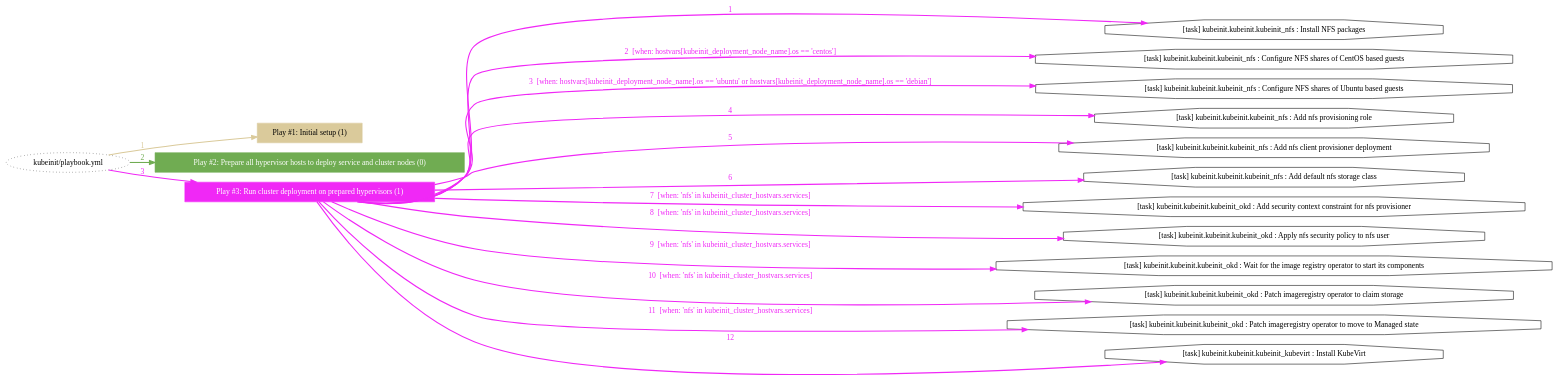
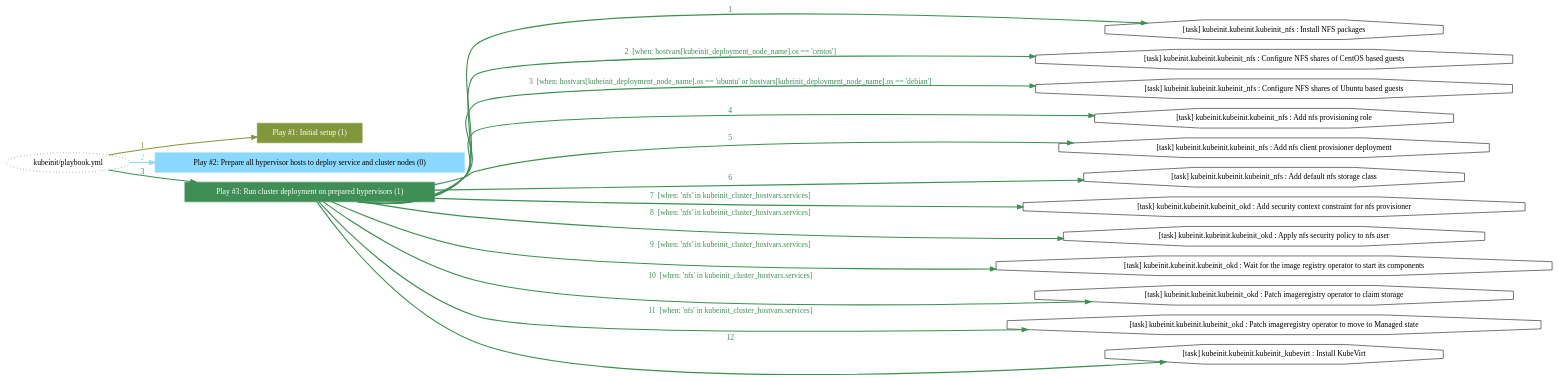
Before and after one commit to Kubeinit/kubeinit: the diagram in _static/playbook_task_post_deployment.dot, drawn with Graphviz. The commit also changed 66 other files, not shown here.

```diff
--- a/_static/playbook_task_post_deployment.dot
+++ b/_static/playbook_task_post_deployment.dot
@@ -3,39 +3,39 @@
 	edge [esep=5 sep=10]
 	"kubeinit/playbook.yml" [id=root_node style=dotted]
 	subgraph "Play #1: Initial setup (1) "{
-		"Play #1: Initial setup (1)" [color="#daca9b" fontcolor="#000000" id="play_35931a37-afcd-4ade-aac7-c338dfc45949" shape=box style=filled tooltip=localhost]
-		"kubeinit/playbook.yml" -> "Play #1: Initial setup (1)" [label=1 color="#daca9b" fontcolor="#daca9b" id="edge_d7904770-b175-4932-ac18-e32b25d727bd" style=bold]
+		"Play #1: Initial setup (1)" [color="#82973b" fontcolor="#ffffff" id="play_600f02eb-539b-473d-869f-aa99ca6672e3" shape=box style=filled tooltip=localhost]
+		"kubeinit/playbook.yml" -> "Play #1: Initial setup (1)" [label=1 color="#82973b" fontcolor="#82973b" id="edge_e4f37a8e-6fe6-482c-b438-a034b92235e2" style=bold]
 	}
 	subgraph "Play #2: Prepare all hypervisor hosts to deploy service and cluster nodes (0) "{
-		"Play #2: Prepare all hypervisor hosts to deploy service and cluster nodes (0)" [color="#70ac52" fontcolor="#ffffff" id="play_4cc12023-7d1d-4252-9b23-70c7a75f126f" shape=box style=filled tooltip=""]
-		"kubeinit/playbook.yml" -> "Play #2: Prepare all hypervisor hosts to deploy service and cluster nodes (0)" [label=2 color="#70ac52" fontcolor="#70ac52" id="edge_a732e829-fffb-49d2-b872-7e77705e7413" style=bold]
+		"Play #2: Prepare all hypervisor hosts to deploy service and cluster nodes (0)" [color="#8bd8fe" fontcolor="#000000" id="play_36ca59ec-8919-422a-94c4-545d1c69138a" shape=box style=filled tooltip=""]
+		"kubeinit/playbook.yml" -> "Play #2: Prepare all hypervisor hosts to deploy service and cluster nodes (0)" [label=2 color="#8bd8fe" fontcolor="#8bd8fe" id="edge_2c2095ca-0dc3-4899-a889-79d573b03c76" style=bold]
 	}
 	subgraph "Play #3: Run cluster deployment on prepared hypervisors (1) "{
-		"Play #3: Run cluster deployment on prepared hypervisors (1)" [color="#f028f6" fontcolor="#ffffff" id="play_b4a7ada1-2a27-4fac-972b-fa9521185ef0" shape=box style=filled tooltip=localhost]
-		"kubeinit/playbook.yml" -> "Play #3: Run cluster deployment on prepared hypervisors (1)" [label=3 color="#f028f6" fontcolor="#f028f6" id="edge_379e4977-8f5f-4209-a615-2d0a2cb4553a" style=bold]
-		"task_2ab65015-2a1f-4a43-be02-8b7d614c56e1" [label="[task] kubeinit.kubeinit.kubeinit_nfs : Install NFS packages" id="task_2ab65015-2a1f-4a43-be02-8b7d614c56e1" shape=octagon tooltip="[task] kubeinit.kubeinit.kubeinit_nfs : Install NFS packages"]
-		"Play #3: Run cluster deployment on prepared hypervisors (1)" -> "task_2ab65015-2a1f-4a43-be02-8b7d614c56e1" [label=1 color="#f028f6" fontcolor="#f028f6" id="edge_32f0ec4b-b611-48e1-b19b-d74c3f403a14" style=bold]
-		"task_f0307014-6d32-4bdf-ae6f-8850510dfef1" [label="[task] kubeinit.kubeinit.kubeinit_nfs : Configure NFS shares of CentOS based guests" id="task_f0307014-6d32-4bdf-ae6f-8850510dfef1" shape=octagon tooltip="[task] kubeinit.kubeinit.kubeinit_nfs : Configure NFS shares of CentOS based guests"]
-		"Play #3: Run cluster deployment on prepared hypervisors (1)" -> "task_f0307014-6d32-4bdf-ae6f-8850510dfef1" [label="2  [when: hostvars[kubeinit_deployment_node_name].os == 'centos']" color="#f028f6" fontcolor="#f028f6" id="edge_6e64467e-dca1-4fb5-a020-32f9d91adbb5" style=bold]
-		"task_c0ab00d1-df3d-43db-ab79-fa6169080160" [label="[task] kubeinit.kubeinit.kubeinit_nfs : Configure NFS shares of Ubuntu based guests" id="task_c0ab00d1-df3d-43db-ab79-fa6169080160" shape=octagon tooltip="[task] kubeinit.kubeinit.kubeinit_nfs : Configure NFS shares of Ubuntu based guests"]
-		"Play #3: Run cluster deployment on prepared hypervisors (1)" -> "task_c0ab00d1-df3d-43db-ab79-fa6169080160" [label="3  [when: hostvars[kubeinit_deployment_node_name].os == 'ubuntu' or hostvars[kubeinit_deployment_node_name].os == 'debian']" color="#f028f6" fontcolor="#f028f6" id="edge_930d349d-a0ac-4c74-999d-4b7b3f72d718" style=bold]
-		"task_7559f088-5a6c-45b7-a9dc-fa3c2e0369e9" [label="[task] kubeinit.kubeinit.kubeinit_nfs : Add nfs provisioning role" id="task_7559f088-5a6c-45b7-a9dc-fa3c2e0369e9" shape=octagon tooltip="[task] kubeinit.kubeinit.kubeinit_nfs : Add nfs provisioning role"]
-		"Play #3: Run cluster deployment on prepared hypervisors (1)" -> "task_7559f088-5a6c-45b7-a9dc-fa3c2e0369e9" [label=4 color="#f028f6" fontcolor="#f028f6" id="edge_d830a057-3585-4e8a-b01c-c7b36ea267c0" style=bold]
-		"task_f57fbe0f-72db-4d9c-92c6-c0e6a5b0dfad" [label="[task] kubeinit.kubeinit.kubeinit_nfs : Add nfs client provisioner deployment" id="task_f57fbe0f-72db-4d9c-92c6-c0e6a5b0dfad" shape=octagon tooltip="[task] kubeinit.kubeinit.kubeinit_nfs : Add nfs client provisioner deployment"]
-		"Play #3: Run cluster deployment on prepared hypervisors (1)" -> "task_f57fbe0f-72db-4d9c-92c6-c0e6a5b0dfad" [label=5 color="#f028f6" fontcolor="#f028f6" id="edge_6297d332-68b3-405b-a6db-da52beb47cd2" style=bold]
-		"task_0db2cf58-0024-4055-9f9e-e13fb089d98d" [label="[task] kubeinit.kubeinit.kubeinit_nfs : Add default nfs storage class" id="task_0db2cf58-0024-4055-9f9e-e13fb089d98d" shape=octagon tooltip="[task] kubeinit.kubeinit.kubeinit_nfs : Add default nfs storage class"]
-		"Play #3: Run cluster deployment on prepared hypervisors (1)" -> "task_0db2cf58-0024-4055-9f9e-e13fb089d98d" [label=6 color="#f028f6" fontcolor="#f028f6" id="edge_55a2dacd-eea3-4292-bd51-6c76197e43c8" style=bold]
-		"task_890ced22-be27-4097-b78e-cf5d90da60c1" [label="[task] kubeinit.kubeinit.kubeinit_okd : Add security context constraint for nfs provisioner" id="task_890ced22-be27-4097-b78e-cf5d90da60c1" shape=octagon tooltip="[task] kubeinit.kubeinit.kubeinit_okd : Add security context constraint for nfs provisioner"]
-		"Play #3: Run cluster deployment on prepared hypervisors (1)" -> "task_890ced22-be27-4097-b78e-cf5d90da60c1" [label="7  [when: 'nfs' in kubeinit_cluster_hostvars.services]" color="#f028f6" fontcolor="#f028f6" id="edge_ea9570a6-0c76-4a98-9626-b515a61e9502" style=bold]
-		"task_152796e2-4a9c-4f80-99b8-62bbf43c87b0" [label="[task] kubeinit.kubeinit.kubeinit_okd : Apply nfs security policy to nfs user" id="task_152796e2-4a9c-4f80-99b8-62bbf43c87b0" shape=octagon tooltip="[task] kubeinit.kubeinit.kubeinit_okd : Apply nfs security policy to nfs user"]
-		"Play #3: Run cluster deployment on prepared hypervisors (1)" -> "task_152796e2-4a9c-4f80-99b8-62bbf43c87b0" [label="8  [when: 'nfs' in kubeinit_cluster_hostvars.services]" color="#f028f6" fontcolor="#f028f6" id="edge_e19e2d71-dafb-41b8-b846-351b8c7ef0e6" style=bold]
-		"task_adaa192d-d700-4fa3-9660-6099033dd6a7" [label="[task] kubeinit.kubeinit.kubeinit_okd : Wait for the image registry operator to start its components" id="task_adaa192d-d700-4fa3-9660-6099033dd6a7" shape=octagon tooltip="[task] kubeinit.kubeinit.kubeinit_okd : Wait for the image registry operator to start its components"]
-		"Play #3: Run cluster deployment on prepared hypervisors (1)" -> "task_adaa192d-d700-4fa3-9660-6099033dd6a7" [label="9  [when: 'nfs' in kubeinit_cluster_hostvars.services]" color="#f028f6" fontcolor="#f028f6" id="edge_5bf81409-8a97-4487-b9f0-06835ee4c443" style=bold]
-		"task_4d5c12bd-9e27-4af1-8b45-f7aac03e67b8" [label="[task] kubeinit.kubeinit.kubeinit_okd : Patch imageregistry operator to claim storage" id="task_4d5c12bd-9e27-4af1-8b45-f7aac03e67b8" shape=octagon tooltip="[task] kubeinit.kubeinit.kubeinit_okd : Patch imageregistry operator to claim storage"]
-		"Play #3: Run cluster deployment on prepared hypervisors (1)" -> "task_4d5c12bd-9e27-4af1-8b45-f7aac03e67b8" [label="10  [when: 'nfs' in kubeinit_cluster_hostvars.services]" color="#f028f6" fontcolor="#f028f6" id="edge_8ce7ff8f-a6ef-4337-b656-2f07b5b77fec" style=bold]
-		"task_0949bb04-f9dc-433d-9925-8bf18f27de86" [label="[task] kubeinit.kubeinit.kubeinit_okd : Patch imageregistry operator to move to Managed state" id="task_0949bb04-f9dc-433d-9925-8bf18f27de86" shape=octagon tooltip="[task] kubeinit.kubeinit.kubeinit_okd : Patch imageregistry operator to move to Managed state"]
-		"Play #3: Run cluster deployment on prepared hypervisors (1)" -> "task_0949bb04-f9dc-433d-9925-8bf18f27de86" [label="11  [when: 'nfs' in kubeinit_cluster_hostvars.services]" color="#f028f6" fontcolor="#f028f6" id="edge_2e94409a-96d9-4848-8265-22928bdbbc12" style=bold]
-		"task_3e7d3797-a53a-45a5-b7d7-3786d185d619" [label="[task] kubeinit.kubeinit.kubeinit_kubevirt : Install KubeVirt" id="task_3e7d3797-a53a-45a5-b7d7-3786d185d619" shape=octagon tooltip="[task] kubeinit.kubeinit.kubeinit_kubevirt : Install KubeVirt"]
-		"Play #3: Run cluster deployment on prepared hypervisors (1)" -> "task_3e7d3797-a53a-45a5-b7d7-3786d185d619" [label=12 color="#f028f6" fontcolor="#f028f6" id="edge_d2c3fb3c-8312-4afe-8e4e-ddb76dae52e8" style=bold]
+		"Play #3: Run cluster deployment on prepared hypervisors (1)" [color="#3e8e55" fontcolor="#ffffff" id="play_6c85bb4b-375c-4a16-bca3-eae4d0a6803e" shape=box style=filled tooltip=localhost]
+		"kubeinit/playbook.yml" -> "Play #3: Run cluster deployment on prepared hypervisors (1)" [label=3 color="#3e8e55" fontcolor="#3e8e55" id="edge_baa9c703-bef9-4ded-b96a-7e32ea84a81b" style=bold]
+		"task_fd1a690d-ce4a-4097-8396-b235bc1ffd59" [label="[task] kubeinit.kubeinit.kubeinit_nfs : Install NFS packages" id="task_fd1a690d-ce4a-4097-8396-b235bc1ffd59" shape=octagon tooltip="[task] kubeinit.kubeinit.kubeinit_nfs : Install NFS packages"]
+		"Play #3: Run cluster deployment on prepared hypervisors (1)" -> "task_fd1a690d-ce4a-4097-8396-b235bc1ffd59" [label=1 color="#3e8e55" fontcolor="#3e8e55" id="edge_28640672-bb30-4879-a907-7d7281902ddf" style=bold]
+		"task_3aa6c8c9-0ff6-4009-bcec-45652fa729ab" [label="[task] kubeinit.kubeinit.kubeinit_nfs : Configure NFS shares of CentOS based guests" id="task_3aa6c8c9-0ff6-4009-bcec-45652fa729ab" shape=octagon tooltip="[task] kubeinit.kubeinit.kubeinit_nfs : Configure NFS shares of CentOS based guests"]
+		"Play #3: Run cluster deployment on prepared hypervisors (1)" -> "task_3aa6c8c9-0ff6-4009-bcec-45652fa729ab" [label="2  [when: hostvars[kubeinit_deployment_node_name].os == 'centos']" color="#3e8e55" fontcolor="#3e8e55" id="edge_02b289a7-5d0f-4b3d-aea1-eb2da6c4a61f" style=bold]
+		"task_846cb362-752d-43b0-82cf-3cf4a6a09f23" [label="[task] kubeinit.kubeinit.kubeinit_nfs : Configure NFS shares of Ubuntu based guests" id="task_846cb362-752d-43b0-82cf-3cf4a6a09f23" shape=octagon tooltip="[task] kubeinit.kubeinit.kubeinit_nfs : Configure NFS shares of Ubuntu based guests"]
+		"Play #3: Run cluster deployment on prepared hypervisors (1)" -> "task_846cb362-752d-43b0-82cf-3cf4a6a09f23" [label="3  [when: hostvars[kubeinit_deployment_node_name].os == 'ubuntu' or hostvars[kubeinit_deployment_node_name].os == 'debian']" color="#3e8e55" fontcolor="#3e8e55" id="edge_e349f221-faed-4427-8b8a-b849fa1b7596" style=bold]
+		"task_06e0d2c1-3780-4577-baed-482c85dd8930" [label="[task] kubeinit.kubeinit.kubeinit_nfs : Add nfs provisioning role" id="task_06e0d2c1-3780-4577-baed-482c85dd8930" shape=octagon tooltip="[task] kubeinit.kubeinit.kubeinit_nfs : Add nfs provisioning role"]
+		"Play #3: Run cluster deployment on prepared hypervisors (1)" -> "task_06e0d2c1-3780-4577-baed-482c85dd8930" [label=4 color="#3e8e55" fontcolor="#3e8e55" id="edge_fcd7194c-5608-4cad-9c4c-0c943ec5f17d" style=bold]
+		"task_341032e1-89d4-4ffc-9da2-feac7408be16" [label="[task] kubeinit.kubeinit.kubeinit_nfs : Add nfs client provisioner deployment" id="task_341032e1-89d4-4ffc-9da2-feac7408be16" shape=octagon tooltip="[task] kubeinit.kubeinit.kubeinit_nfs : Add nfs client provisioner deployment"]
+		"Play #3: Run cluster deployment on prepared hypervisors (1)" -> "task_341032e1-89d4-4ffc-9da2-feac7408be16" [label=5 color="#3e8e55" fontcolor="#3e8e55" id="edge_20321054-8ba8-45a4-8d3a-0d3288e0f12f" style=bold]
+		"task_9b55a199-f13d-4964-9a91-209e761ece12" [label="[task] kubeinit.kubeinit.kubeinit_nfs : Add default nfs storage class" id="task_9b55a199-f13d-4964-9a91-209e761ece12" shape=octagon tooltip="[task] kubeinit.kubeinit.kubeinit_nfs : Add default nfs storage class"]
+		"Play #3: Run cluster deployment on prepared hypervisors (1)" -> "task_9b55a199-f13d-4964-9a91-209e761ece12" [label=6 color="#3e8e55" fontcolor="#3e8e55" id="edge_2cc0b369-511f-4e35-9350-ab2f9ac87067" style=bold]
+		"task_12cb7690-c425-4e33-928f-11bc48586b18" [label="[task] kubeinit.kubeinit.kubeinit_okd : Add security context constraint for nfs provisioner" id="task_12cb7690-c425-4e33-928f-11bc48586b18" shape=octagon tooltip="[task] kubeinit.kubeinit.kubeinit_okd : Add security context constraint for nfs provisioner"]
+		"Play #3: Run cluster deployment on prepared hypervisors (1)" -> "task_12cb7690-c425-4e33-928f-11bc48586b18" [label="7  [when: 'nfs' in kubeinit_cluster_hostvars.services]" color="#3e8e55" fontcolor="#3e8e55" id="edge_d152c61b-3b33-459f-9299-180a2bffde29" style=bold]
+		"task_c60ca1fa-db07-4e51-ba79-1bf927b97b91" [label="[task] kubeinit.kubeinit.kubeinit_okd : Apply nfs security policy to nfs user" id="task_c60ca1fa-db07-4e51-ba79-1bf927b97b91" shape=octagon tooltip="[task] kubeinit.kubeinit.kubeinit_okd : Apply nfs security policy to nfs user"]
+		"Play #3: Run cluster deployment on prepared hypervisors (1)" -> "task_c60ca1fa-db07-4e51-ba79-1bf927b97b91" [label="8  [when: 'nfs' in kubeinit_cluster_hostvars.services]" color="#3e8e55" fontcolor="#3e8e55" id="edge_f9716a20-04f0-49ef-85e4-8e5f934964fb" style=bold]
+		"task_641cbd2c-0187-4c8a-a7d8-04ce5310e21d" [label="[task] kubeinit.kubeinit.kubeinit_okd : Wait for the image registry operator to start its components" id="task_641cbd2c-0187-4c8a-a7d8-04ce5310e21d" shape=octagon tooltip="[task] kubeinit.kubeinit.kubeinit_okd : Wait for the image registry operator to start its components"]
+		"Play #3: Run cluster deployment on prepared hypervisors (1)" -> "task_641cbd2c-0187-4c8a-a7d8-04ce5310e21d" [label="9  [when: 'nfs' in kubeinit_cluster_hostvars.services]" color="#3e8e55" fontcolor="#3e8e55" id="edge_19541bf9-162a-4eaf-9c93-774d3b22a40f" style=bold]
+		"task_1c4f263d-978c-4674-949d-13039b56558c" [label="[task] kubeinit.kubeinit.kubeinit_okd : Patch imageregistry operator to claim storage" id="task_1c4f263d-978c-4674-949d-13039b56558c" shape=octagon tooltip="[task] kubeinit.kubeinit.kubeinit_okd : Patch imageregistry operator to claim storage"]
+		"Play #3: Run cluster deployment on prepared hypervisors (1)" -> "task_1c4f263d-978c-4674-949d-13039b56558c" [label="10  [when: 'nfs' in kubeinit_cluster_hostvars.services]" color="#3e8e55" fontcolor="#3e8e55" id="edge_369eb526-62c5-481e-9c07-a17654f94644" style=bold]
+		"task_f3d0ea70-66cd-419a-acec-0e4fff960b9f" [label="[task] kubeinit.kubeinit.kubeinit_okd : Patch imageregistry operator to move to Managed state" id="task_f3d0ea70-66cd-419a-acec-0e4fff960b9f" shape=octagon tooltip="[task] kubeinit.kubeinit.kubeinit_okd : Patch imageregistry operator to move to Managed state"]
+		"Play #3: Run cluster deployment on prepared hypervisors (1)" -> "task_f3d0ea70-66cd-419a-acec-0e4fff960b9f" [label="11  [when: 'nfs' in kubeinit_cluster_hostvars.services]" color="#3e8e55" fontcolor="#3e8e55" id="edge_e2129179-441b-4643-8c51-4f228d18f3b3" style=bold]
+		"task_5993e4e5-9caf-4bc7-9176-a9ff151c09fd" [label="[task] kubeinit.kubeinit.kubeinit_kubevirt : Install KubeVirt" id="task_5993e4e5-9caf-4bc7-9176-a9ff151c09fd" shape=octagon tooltip="[task] kubeinit.kubeinit.kubeinit_kubevirt : Install KubeVirt"]
+		"Play #3: Run cluster deployment on prepared hypervisors (1)" -> "task_5993e4e5-9caf-4bc7-9176-a9ff151c09fd" [label=12 color="#3e8e55" fontcolor="#3e8e55" id="edge_3b7f0ee4-bd89-44fe-83ca-37f75dbee56d" style=bold]
 	}
 }
```
